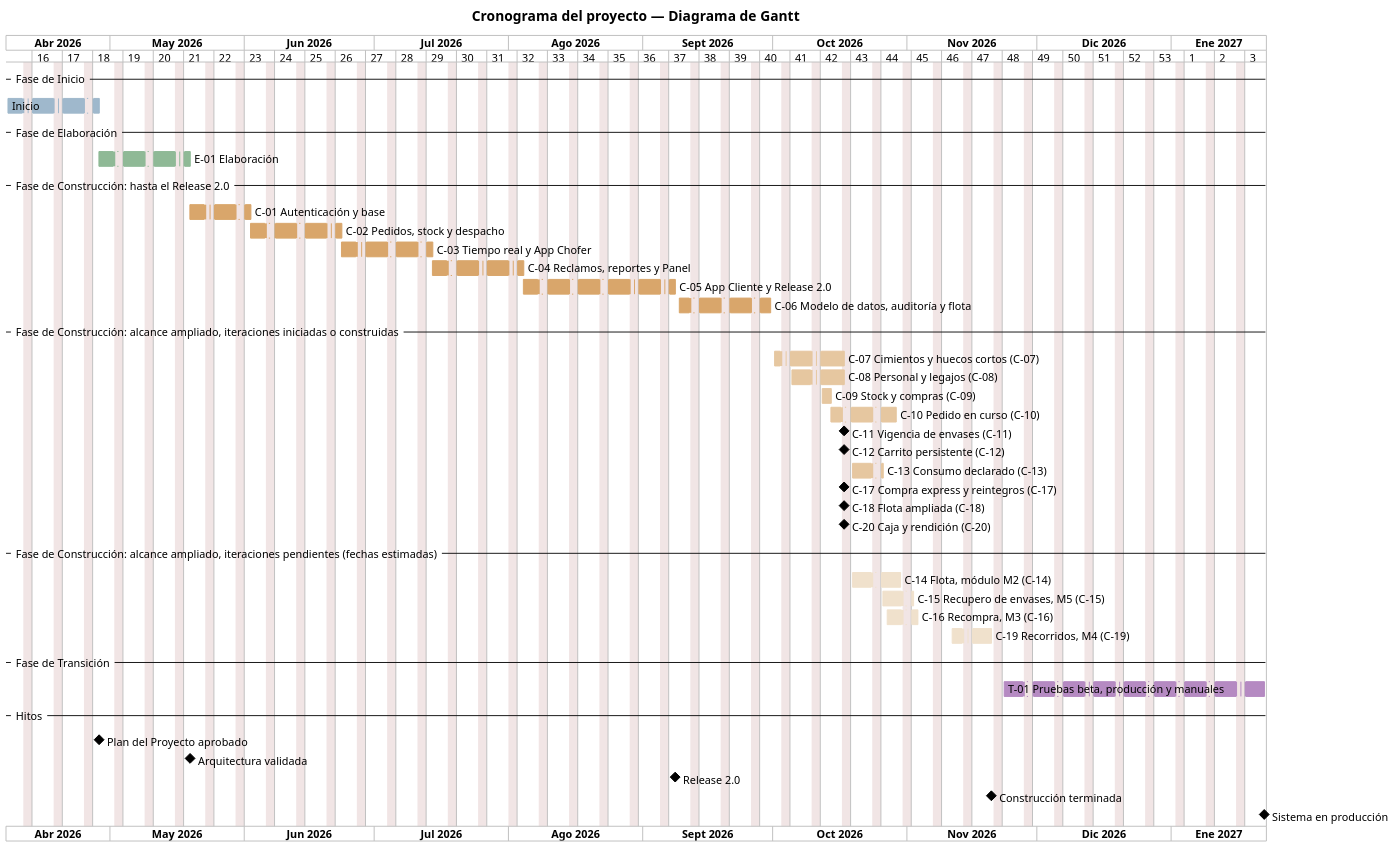
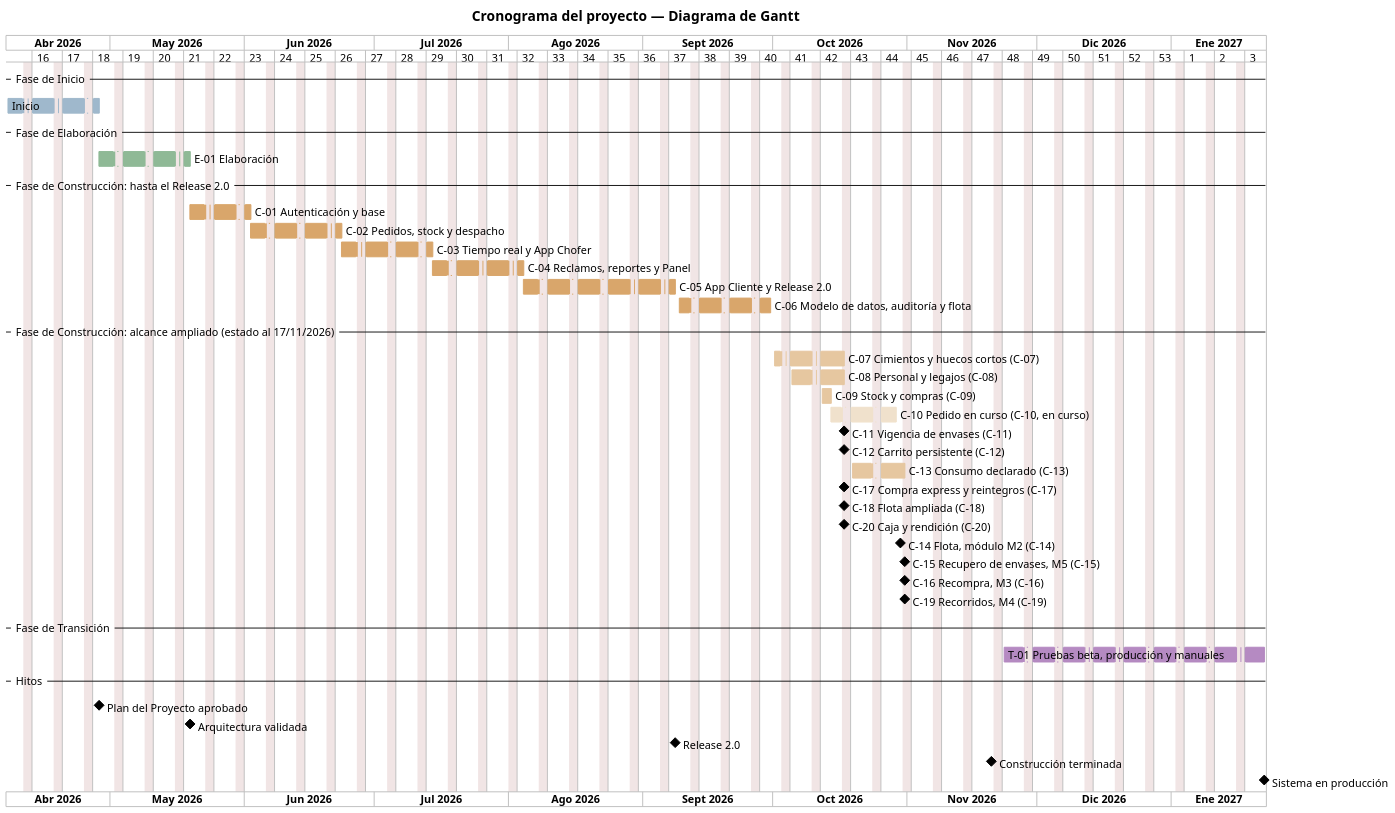
Before and after one commit to Nahuelito-Dev/splg-docs: the diagram in diagramas/uml/UML_Gantt.puml, drawn with PlantUML. The commit also changed 12 other files, not shown here.

Commit message:
docs(catedra): 📝 estado al 17/11/2026 en el plan y las iteraciones, y justificación de GraphQL y facturación

```diff
--- a/diagramas/uml/UML_Gantt.puml
+++ b/diagramas/uml/UML_Gantt.puml
@@ -1,68 +1,63 @@
 @startgantt
 title Cronograma del proyecto — Diagrama de Gantt
 skinparam backgroundColor #FFFFFF
 skinparam shadowing false
 skinparam defaultFontName Arial
 skinparam defaultFontSize 11
 skinparam dpi 150
 Project starts 2026-04-07
 printscale weekly
 saturday are closed
 sunday are closed
 language es
 
 -- Fase de Inicio --
 [Inicio] as [INI] starts 2026-04-07 and ends 2026-04-28
 [INI] is colored in #9FB8CC
 -- Fase de Elaboración --
 [E-01 Elaboración] as [E01] starts 2026-04-28 and ends 2026-05-19
 [E01] is colored in #8FB996
 -- Fase de Construcción: hasta el Release 2.0 --
 [C-01 Autenticación y base] as [C01] starts 2026-05-19 and ends 2026-06-02
 [C-02 Pedidos, stock y despacho] as [C02] starts 2026-06-02 and ends 2026-06-23
 [C-03 Tiempo real y App Chofer] as [C03] starts 2026-06-23 and ends 2026-07-14
 [C-04 Reclamos, reportes y Panel] as [C04] starts 2026-07-14 and ends 2026-08-04
 [C-05 App Cliente y Release 2.0] as [C05] starts 2026-08-04 and ends 2026-09-08
 [C-06 Modelo de datos, auditoría y flota] as [C06] starts 2026-09-09 and ends 2026-09-30
 [C01] is colored in #D9A66B
 [C02] is colored in #D9A66B
 [C03] is colored in #D9A66B
 [C04] is colored in #D9A66B
 [C05] is colored in #D9A66B
 [C06] is colored in #D9A66B
--- Fase de Construcción: alcance ampliado, iteraciones iniciadas o construidas --
+-- Fase de Construcción: alcance ampliado (estado al 17/11/2026) --
 [C-07 Cimientos y huecos cortos (C-07)] as [C07] starts 2026-10-01 and ends 2026-10-17
 [C-08 Personal y legajos (C-08)] as [C08] starts 2026-10-04 and ends 2026-10-17
 [C-09 Stock y compras (C-09)] as [C09] starts 2026-10-11 and ends 2026-10-14
-[C-10 Pedido en curso (C-10)] as [C10] starts 2026-10-14 and ends 2026-10-29
+[C-10 Pedido en curso (C-10, en curso)] as [C10] starts 2026-10-14 and ends 2026-10-29
 [C-11 Vigencia de envases (C-11)] as [C11] happens 2026-10-17
 [C-12 Carrito persistente (C-12)] as [C12] happens 2026-10-17
-[C-13 Consumo declarado (C-13)] as [C13] starts 2026-10-17 and ends 2026-10-26
+[C-13 Consumo declarado (C-13)] as [C13] starts 2026-10-17 and ends 2026-10-31
 [C-17 Compra express y reintegros (C-17)] as [C17] happens 2026-10-17
 [C-18 Flota ampliada (C-18)] as [C18] happens 2026-10-17
 [C-20 Caja y rendición (C-20)] as [C20] happens 2026-10-17
+[C-14 Flota, módulo M2 (C-14)] as [C14] happens 2026-10-30
+[C-15 Recupero de envases, M5 (C-15)] as [C15] happens 2026-10-31
+[C-16 Recompra, M3 (C-16)] as [C16] happens 2026-10-31
+[C-19 Recorridos, M4 (C-19)] as [C19] happens 2026-10-31
 [C07] is colored in #E6C7A0
 [C08] is colored in #E6C7A0
 [C09] is colored in #E6C7A0
-[C10] is colored in #E6C7A0
+[C10] is colored in #F0E1CC
 [C13] is colored in #E6C7A0
--- Fase de Construcción: alcance ampliado, iteraciones pendientes (fechas estimadas) --
-[C-14 Flota, módulo M2 (C-14)] as [C14] starts 2026-10-19 and ends 2026-10-30
-[C-15 Recupero de envases, M5 (C-15)] as [C15] starts 2026-10-26 and ends 2026-11-02
-[C-16 Recompra, M3 (C-16)] as [C16] starts 2026-10-27 and ends 2026-11-03
-[C-19 Recorridos, M4 (C-19)] as [C19] starts 2026-11-11 and ends 2026-11-20
-[C14] is colored in #F0E1CC
-[C15] is colored in #F0E1CC
-[C16] is colored in #F0E1CC
-[C19] is colored in #F0E1CC
 -- Fase de Transición --
 [T-01 Pruebas beta, producción y manuales] as [T01] starts 2026-11-23 and ends 2027-01-22
 [T01] is colored in #B58AC2
 
 -- Hitos --
 [Plan del Proyecto aprobado] happens 2026-04-28
 [Arquitectura validada] happens 2026-05-19
 [Release 2.0] happens 2026-09-08
 [Construcción terminada] happens 2026-11-20
 [Sistema en producción] happens 2027-01-22
 @endgantt
```
